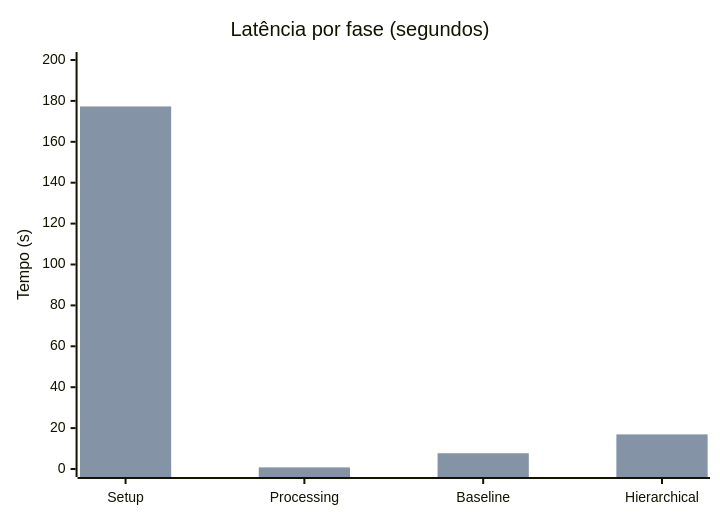
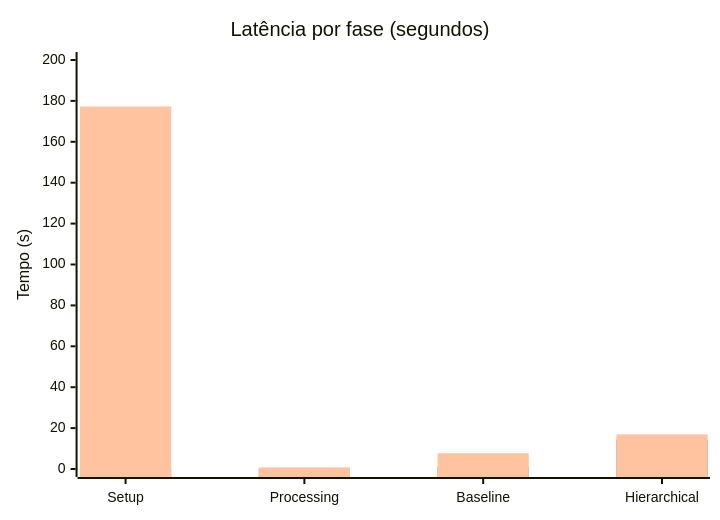
One commit to DATA-UFMS/rampart-framework changed the sixth of 6 diagrams in docs/pipeline_diagram.md. Above: the diagram before and after it, drawn with Mermaid. The commit also changed other lines of this file, not shown here.

First line of the commit message:
docs: atualiza pipeline_diagram para 3 paradigmas

````diff
--- a/docs/pipeline_diagram.md
+++ b/docs/pipeline_diagram.md
@@ -313,8 +352,9 @@
 ```mermaid
 xychart-beta
     title "Latência por fase (segundos)"
     x-axis ["Setup", "Processing", "Baseline", "Hierarchical"]
     y-axis "Tempo (s)" 0 --> 200
     bar [0.39, 0.16, 1.19, 15.23]
+    bar [0.43, 0.015, 0.92, 14.50]
     bar [177.28, 0.79, 7.71, 16.92]
 ```
````
